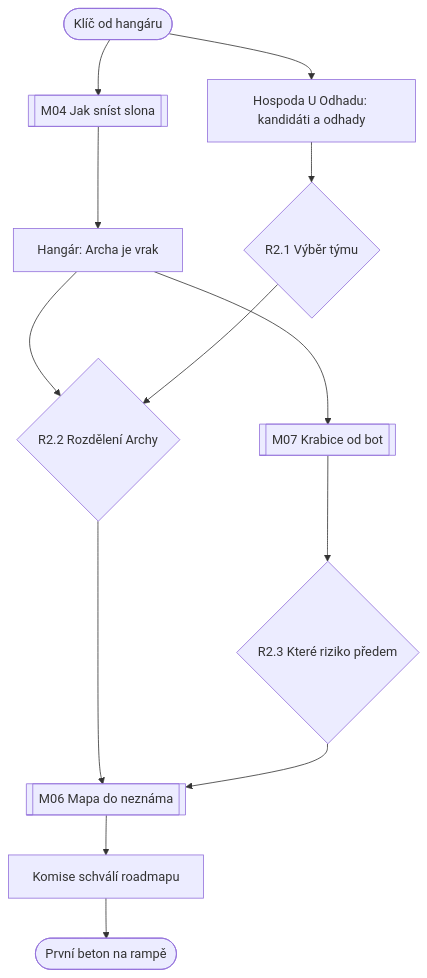
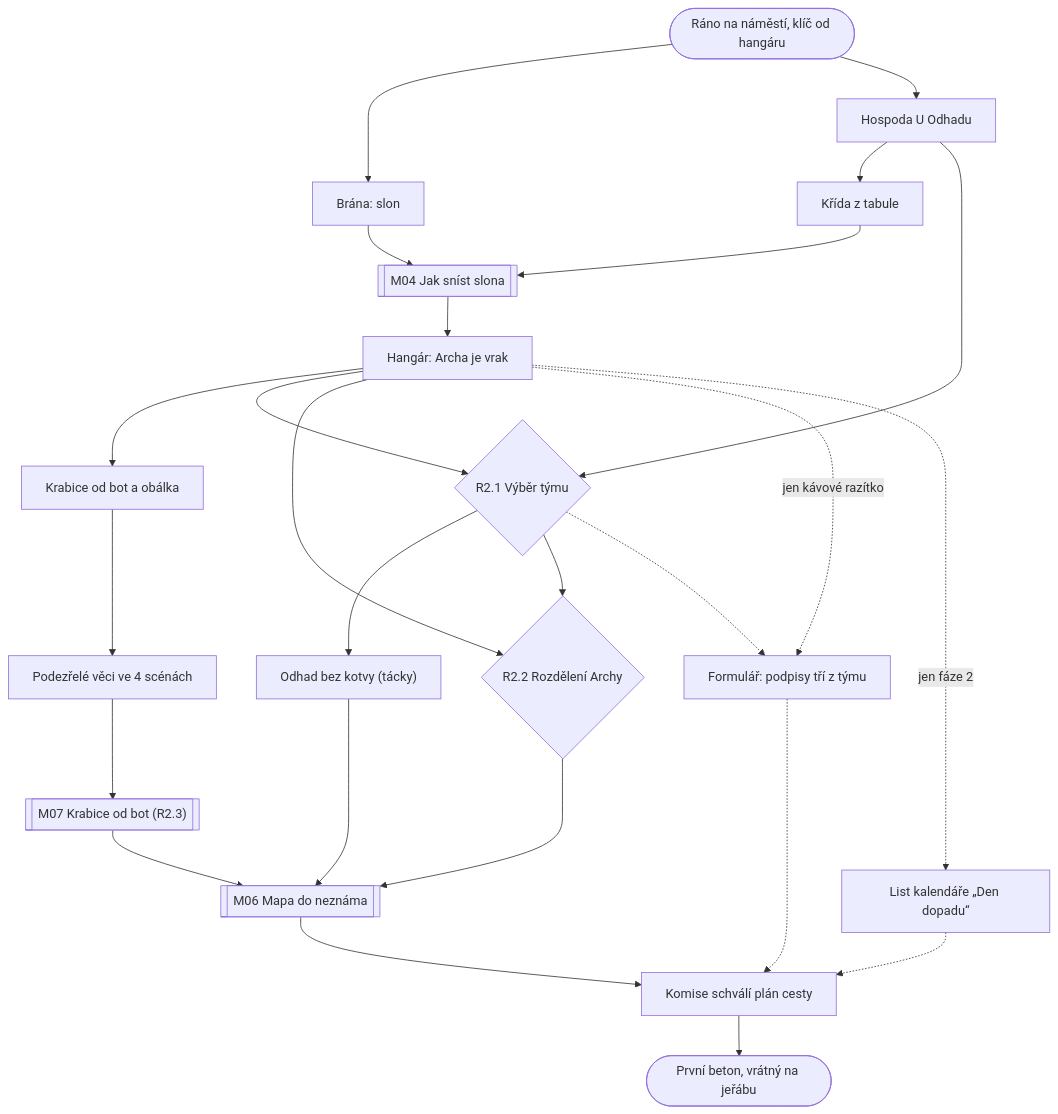
The diagram in docs/kapitoly/02-planovani.md (miroslavkrupa/games-termin-byl-vcera), drawn with Mermaid before and after one commit. The commit also changed other lines of this file and 12 other files, not shown here.

````diff
--- a/docs/kapitoly/02-planovani.md
+++ b/docs/kapitoly/02-planovani.md
@@ -79,13 +166,22 @@
 ```mermaid
 flowchart TD
-  start(["Klíč od hangáru"]) --> slon[["M04 Jak sníst slona"]]
-  slon --> hangar["Hangár: Archa je vrak"]
-  start --> hospoda["Hospoda U Odhadu: kandidáti a odhady"]
-  hospoda --> tym{"R2.1 Výběr týmu"}
+  start(["Ráno na náměstí, klíč od hangáru"]) --> brana["Brána: slon"]
+  start --> hospoda["Hospoda U Odhadu"]
+  hospoda --> krida["Křída z tabule"]
+  brana & krida --> m04[["M04 Jak sníst slona"]]
+  m04 --> hangar["Hangár: Archa je vrak"]
+  hangar --> krabice["Krabice od bot a obálka"]
+  hospoda & hangar --> tym{"R2.1 Výběr týmu"}
+  tym --> odhad["Odhad bez kotvy (tácky)"]
+  krabice --> hledani["Podezřelé věci ve 4 scénách"]
+  hledani --> m07[["M07 Krabice od bot (R2.3)"]]
   hangar & tym --> rozdeleni{"R2.2 Rozdělení Archy"}
-  hangar --> rizika[["M07 Krabice od bot"]]
-  rizika --> riziko{"R2.3 Které riziko předem"}
-  rozdeleni & riziko --> mapa[["M06 Mapa do neznáma"]]
-  mapa --> komise["Komise schválí roadmapu"]
-  komise --> konec(["První beton na rampě"])
+  rozdeleni & m07 & odhad --> m06[["M06 Mapa do neznáma"]]
+  hangar -.->|jen kávové razítko| formular["Formulář: podpisy tří z týmu"]
+  tym -.-> formular
+  m06 --> komise["Komise schválí plán cesty"]
+  formular -.-> komise
+  hangar -.->|jen fáze 2| kalendar["List kalendáře „Den dopadu“"]
+  kalendar -.-> komise
+  komise --> konec(["První beton, vrátný na jeřábu"])
 ```
````
